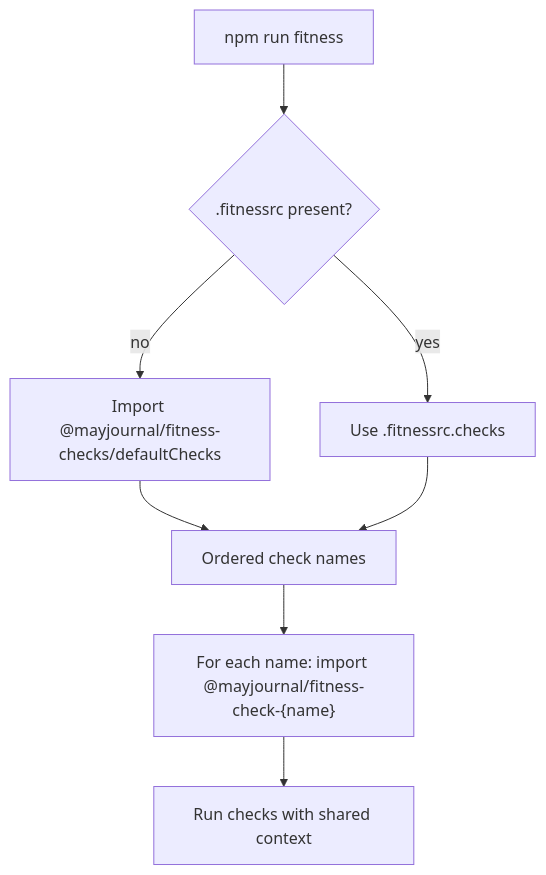
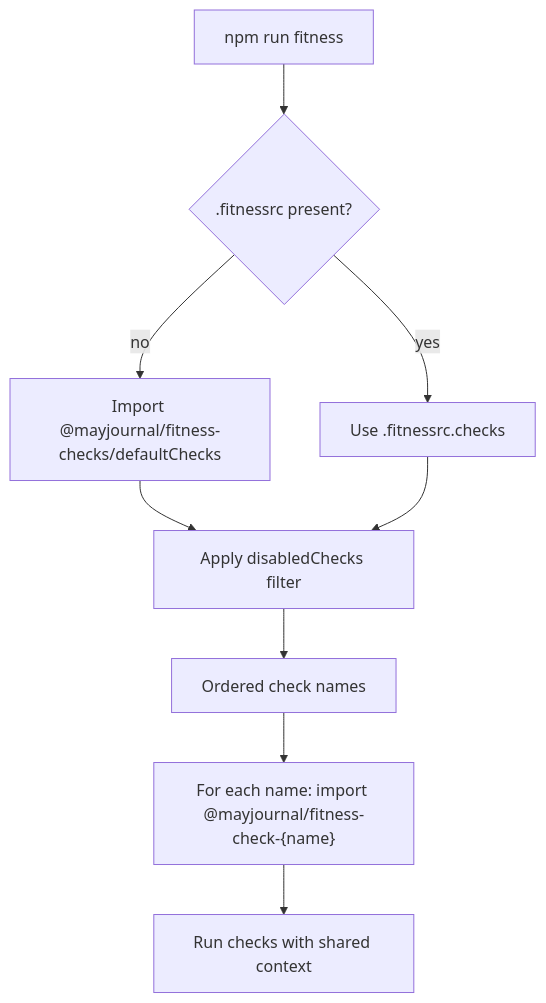
The diagram in plans/plan-split-runner-check-packages.md (may-journal/fitness-runner), drawn with Mermaid before and after one commit. The commit also changed other lines of this file and 174 other files, not shown here.

````diff
--- a/plans/plan-split-runner-check-packages.md
+++ b/plans/plan-split-runner-check-packages.md
@@ -20,15 +22,16 @@
 ```mermaid
 flowchart TD
   start[npm run fitness]
   rc{.fitnessrc present?}
   bundle["Import @mayjournal/fitness-checks/defaultChecks"]
   override[Use .fitnessrc.checks]
   names[Ordered check names]
   load["For each name: import @mayjournal/fitness-check-{name}"]
   run[Run checks with shared context]
 
   start --> rc
-  rc -->|no| bundle --> names
-  rc -->|yes| override --> names
+  rc -->|no| bundle --> disabled
+  rc -->|yes| override --> disabled
+  disabled["Apply disabledChecks filter"] --> names
   names --> load --> run
 ```
````
